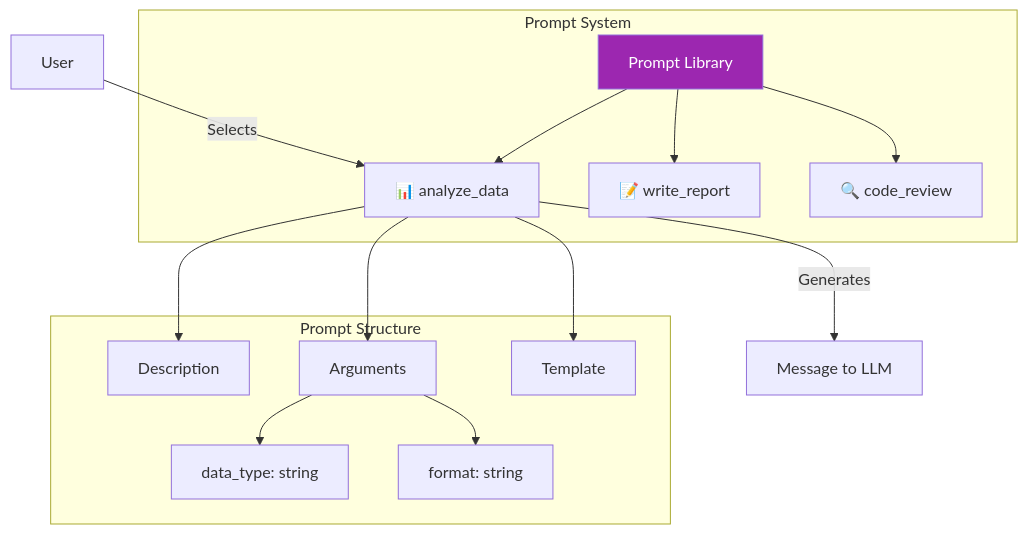
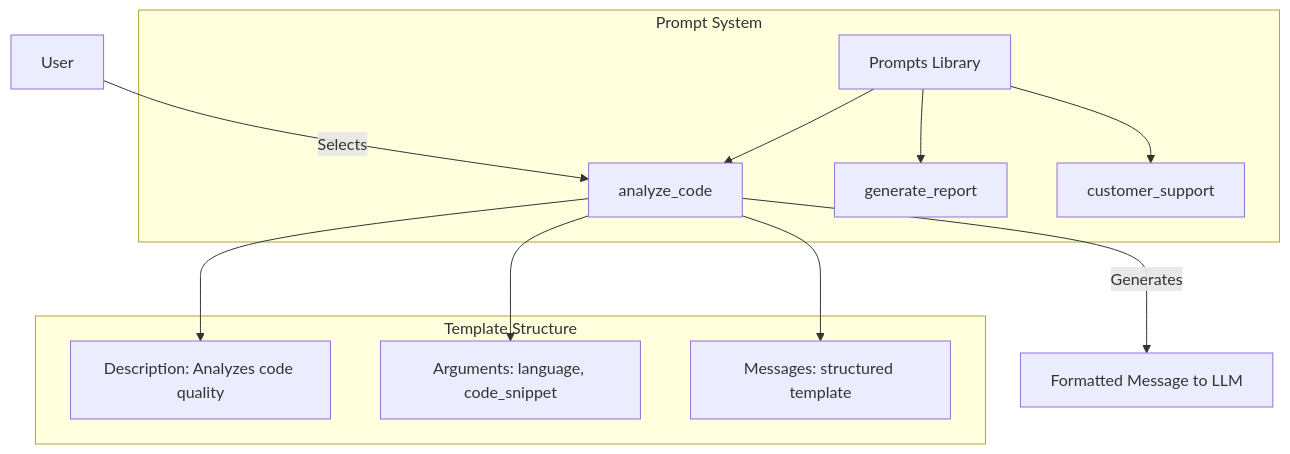
The tenth of 19 diagrams in AI/Comunicação/MCP/00-mcp-presentation-zero to hero.md (felipepimentel/my-public-notes), drawn with Mermaid before and after one commit. The commit also changed other lines of this file, not shown here.

````diff
--- a/AI/Comunicação/MCP/00-mcp-presentation-zero to hero.md
+++ b/AI/Comunicação/MCP/00-mcp-presentation-zero to hero.md
@@ -346,22 +226,17 @@
 ```mermaid
 graph TD
     subgraph "Prompt System"
-        P[Prompt Library] --> T1[📊 analyze_data]
-        P --> T2[📝 write_report]
-        P --> T3[🔍 code_review]
+        P[Prompts Library] --> T1[analyze_code]
+        P --> T2[generate_report]
+        P --> T3[customer_support]
     end
     
-    subgraph "Prompt Structure"
-        T1 --> DESC[Description]
-        T1 --> ARGS[Arguments]
-        T1 --> TMPL[Template]
-        
-        ARGS --> A1[data_type: string]
-        ARGS --> A2[format: string]
+    subgraph "Template Structure"
+        T1 --> D1[Description: Analyzes code quality]
+        T1 --> A1[Arguments: language, code_snippet]
+        T1 --> M1[Messages: structured template]
     end
     
-    U[User] -->|Selects| T1
-    T1 -->|Generates| M[Message to LLM]
-    
-    style P fill:#9C27B0,color:#fff
+    User[User] -->|Selects| T1
+    T1 -->|Generates| Output[Formatted Message to LLM]
 ```
````
